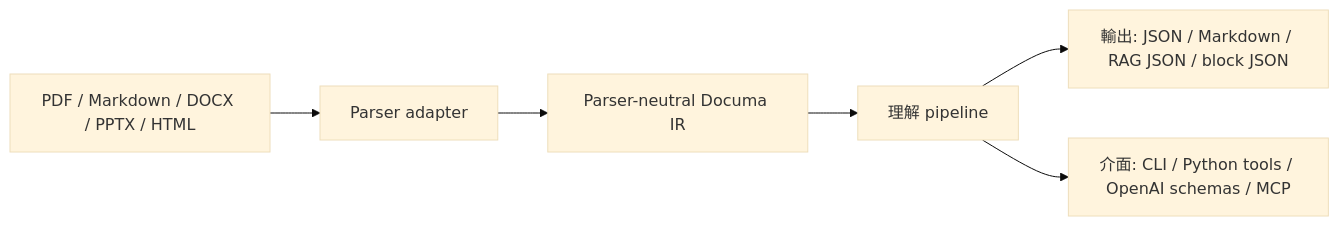
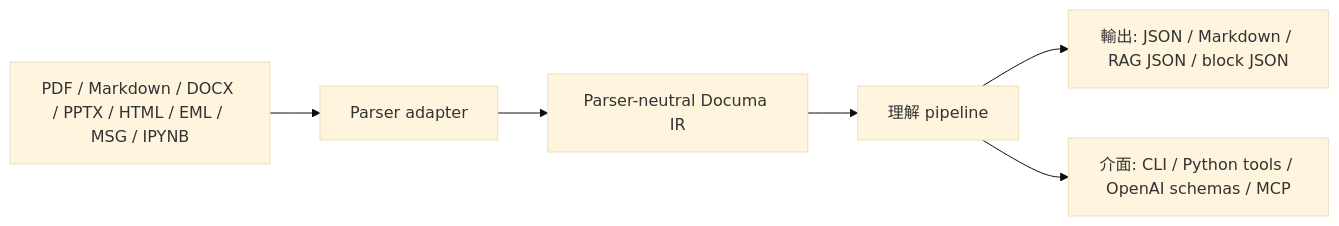
Before and after one commit to AllanYiin/Documa: the diagram in README.md, drawn with Mermaid (base theme). The commit also changed other lines of this file and 277 other files, not shown here.

````diff
--- a/README.md
+++ b/README.md
@@ -21,8 +21,8 @@
 ```mermaid
 flowchart LR
-    A["PDF / Markdown / DOCX / PPTX / HTML"] --> B["Parser adapter"]
+    A["PDF / Markdown / DOCX / PPTX / HTML / EML / MSG / IPYNB"] --> B["Parser adapter"]
     B --> C["Parser-neutral Documa IR"]
     C --> D["理解 pipeline"]
     D --> E["輸出: JSON / Markdown / RAG JSON / block JSON"]
     D --> F["介面: CLI / Python tools / OpenAI schemas / MCP"]
 ```
````
